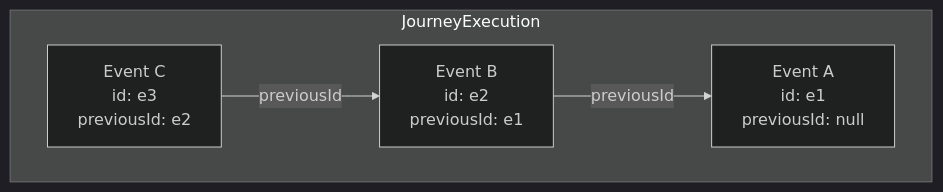
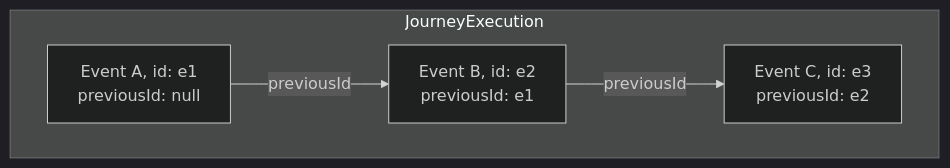
One commit to Bang2985/spec-ujg changed the diagram in specs/ed/runtime/index.md. Above: the diagram before and after it, drawn with Mermaid (dark theme). The commit also changed 10 other files, not shown here.

````diff
--- a/specs/ed/runtime/index.md
+++ b/specs/ed/runtime/index.md
@@ -17,11 +17,11 @@
 ```mermaid
 graph LR
   subgraph Execution [JourneyExecution]
     direction LR
-    E1[Event A<br/>id: e1<br/>previousId: null]
-    E2[Event B<br/>id: e2<br/>previousId: e1]
-    E3[Event C<br/>id: e3<br/>previousId: e2]
-    E2 -->|previousId| E1
-    E3 -->|previousId| E2
+    E1[Event A, id: e1<br/>previousId: null]
+    E2[Event B, id: e2<br/>previousId: e1]
+    E3[Event C, id: e3<br/>previousId: e2]
+    E1 -->|previousId| E2
+    E2 -->|previousId| E3
   end
 ```
````
